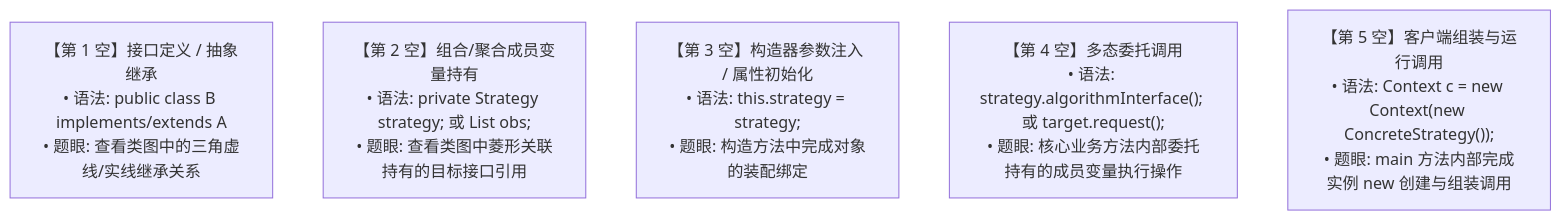
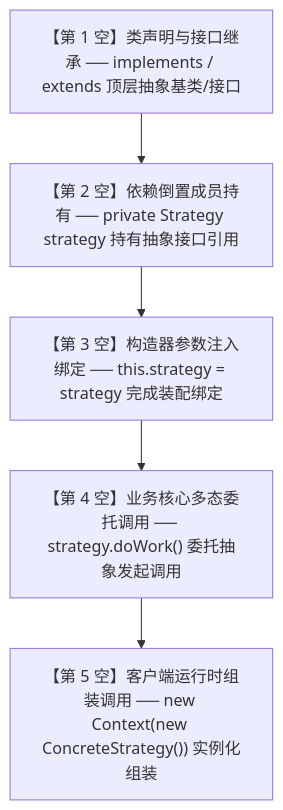
The diagram in docs/pm-application/answer-templates.md (atengk/ruankao-software-designer), drawn with Mermaid before and after one commit. The commit also changed other lines of this file and 11 other files, not shown here.

Commit message:
feat(docs): 新增沉浸式阅读模式并修复图表渲染与页面布局

````diff
--- a/docs/pm-application/answer-templates.md
+++ b/docs/pm-application/answer-templates.md
@@ -166,12 +166,7 @@
 ```mermaid
 flowchart TD
-    HOLE1["【第 1 空】接口定义 / 抽象继承<br/>• 语法: public class B implements/extends A<br/>• 题眼: 查看类图中的三角虚线/实线继承关系"]
-    
-    HOLE2["【第 2 空】组合/聚合成员变量持有<br/>• 语法: private Strategy strategy; 或 List<Observer> obs;<br/>• 题眼: 查看类图中菱形关联持有的目标接口引用"]
-    
-    HOLE3["【第 3 空】构造器参数注入 / 属性初始化<br/>• 语法: this.strategy = strategy;<br/>• 题眼: 构造方法中完成对象的装配绑定"]
-    
-    HOLE4["【第 4 空】多态委托调用<br/>• 语法: strategy.algorithmInterface(); 或 target.request();<br/>• 题眼: 核心业务方法内部委托持有的成员变量执行操作"]
-    
-    HOLE5["【第 5 空】客户端组装与运行调用<br/>• 语法: Context c = new Context(new ConcreteStrategy());<br/>• 题眼: main 方法内部完成实例 new 创建与组装调用"]
+    HOLE1["【第 1 空】类声明与接口继承 ── implements / extends 顶层抽象基类/接口"] --> HOLE2["【第 2 空】依赖倒置成员持有 ── private Strategy strategy 持有抽象接口引用"]
+    HOLE2 --> HOLE3["【第 3 空】构造器参数注入绑定 ── this.strategy = strategy 完成装配绑定"]
+    HOLE3 --> HOLE4["【第 4 空】业务核心多态委托调用 ── strategy.doWork() 委托抽象发起调用"]
+    HOLE4 --> HOLE5["【第 5 空】客户端运行时组装调用 ── new Context(new ConcreteStrategy()) 实例化组装"]
 ```
````
